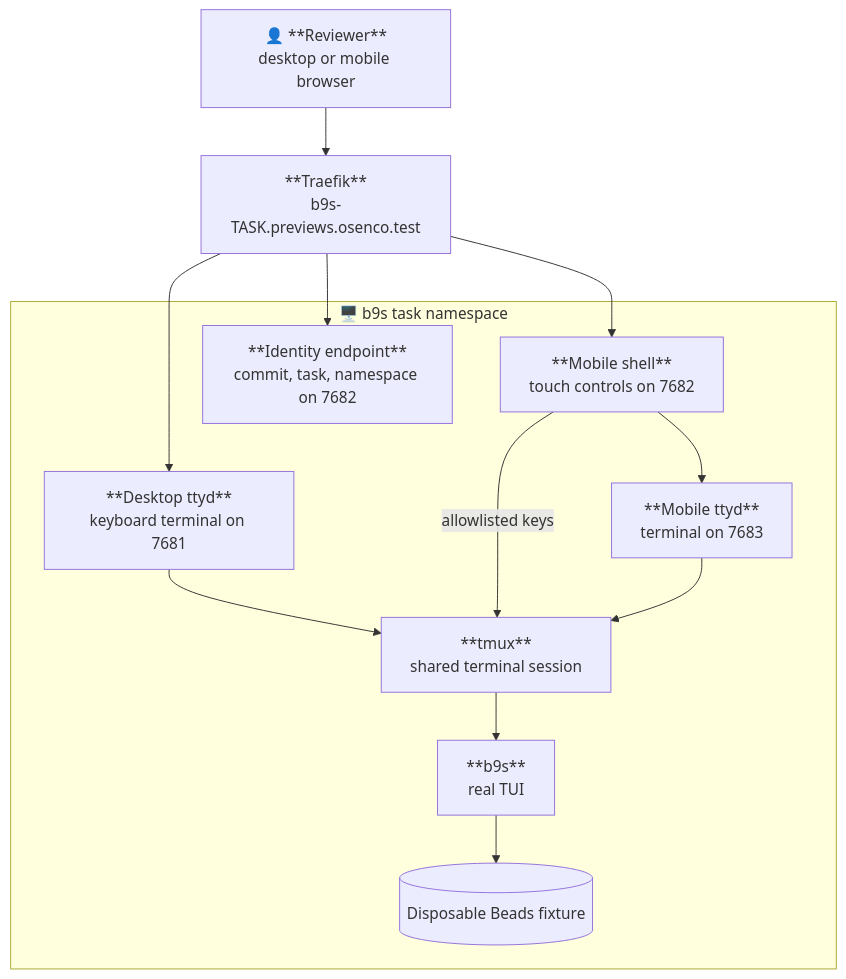
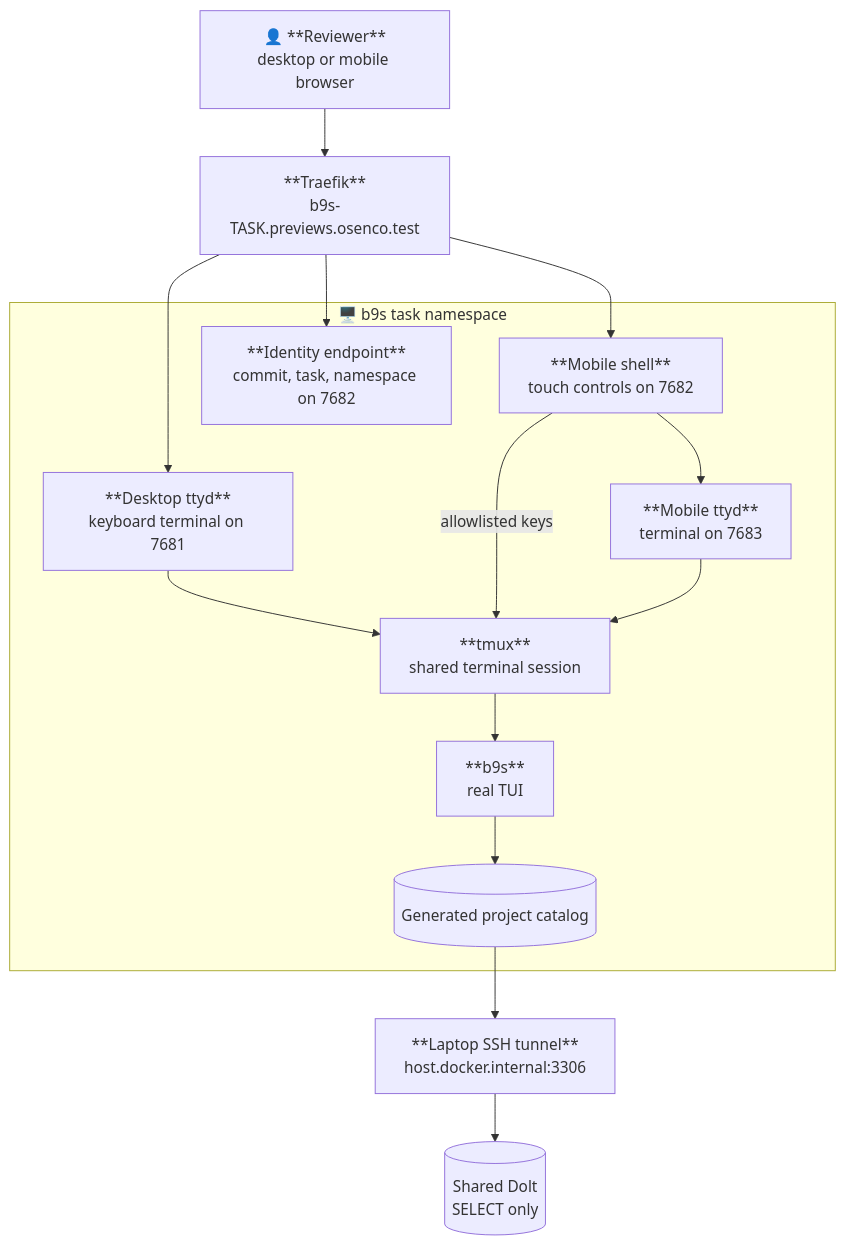
The diagram in docs/preview-contract.md (vanderheijden86/b9s), drawn with Mermaid before and after one commit. The commit also changed other lines of this file and 9 other files, not shown here.

First line of the commit message:
feat(preview): load shared beads read-only

````diff
--- a/docs/preview-contract.md
+++ b/docs/preview-contract.md
@@ -29,26 +30,31 @@
 ```mermaid
 graph TB
     USER["👤 **Reviewer**<br/>desktop or mobile browser"]
     TRAEFIK["**Traefik**<br/>b9s-TASK.previews.osenco.test"]
 
     subgraph NS["🖥️ b9s task namespace"]
         DESKTOP["**Desktop ttyd**<br/>keyboard terminal on 7681"]
         MOBILE["**Mobile shell**<br/>touch controls on 7682"]
         TTYD["**Mobile ttyd**<br/>terminal on 7683"]
         TMUX["**tmux**<br/>shared terminal session"]
         B9S["**b9s**<br/>real TUI"]
         ID["**Identity endpoint**<br/>commit, task, namespace on 7682"]
-        FIXTURE[("Disposable Beads fixture")]
+        CATALOG[("Generated project catalog")]
         DESKTOP --> TMUX
         MOBILE -->|"allowlisted keys"| TMUX
         MOBILE --> TTYD
         TTYD --> TMUX
         TMUX --> B9S
-        B9S --> FIXTURE
+        B9S --> CATALOG
     end
+
+    TUNNEL["**Laptop SSH tunnel**<br/>host.docker.internal:3306"]
+    DOLT[("Shared Dolt<br/>SELECT only")]
 
     USER --> TRAEFIK
     TRAEFIK --> DESKTOP
     TRAEFIK --> MOBILE
     TRAEFIK --> ID
+    CATALOG --> TUNNEL
+    TUNNEL --> DOLT
 ```
````
